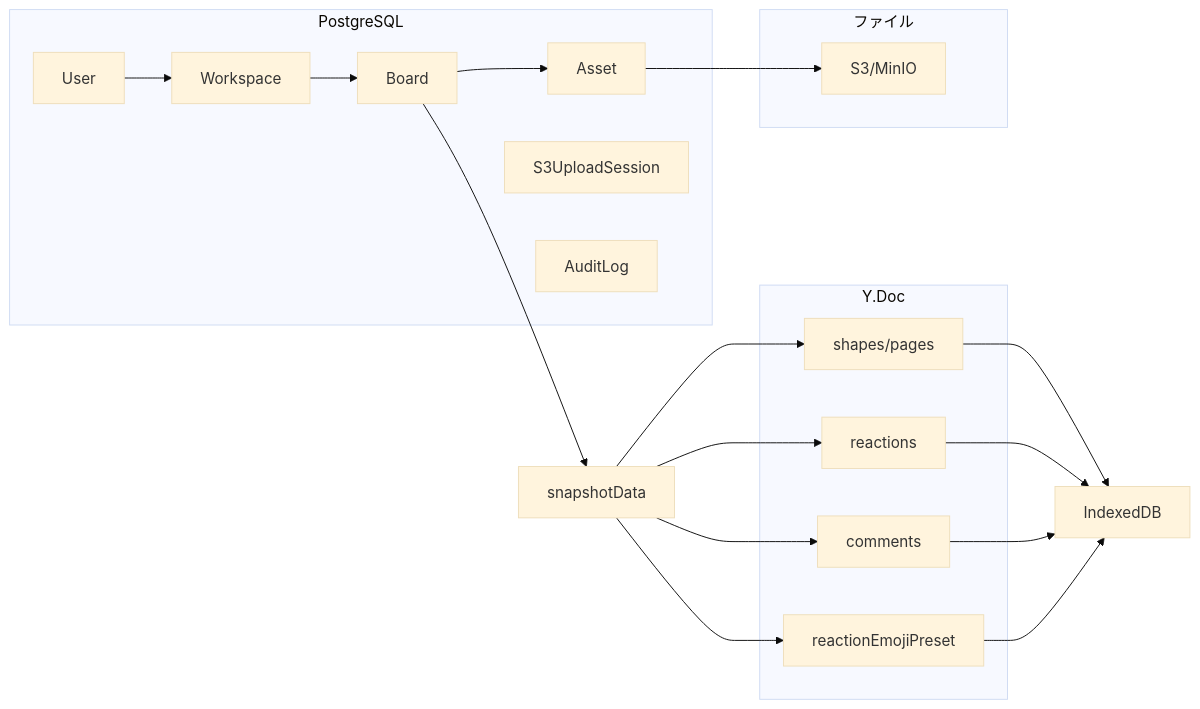
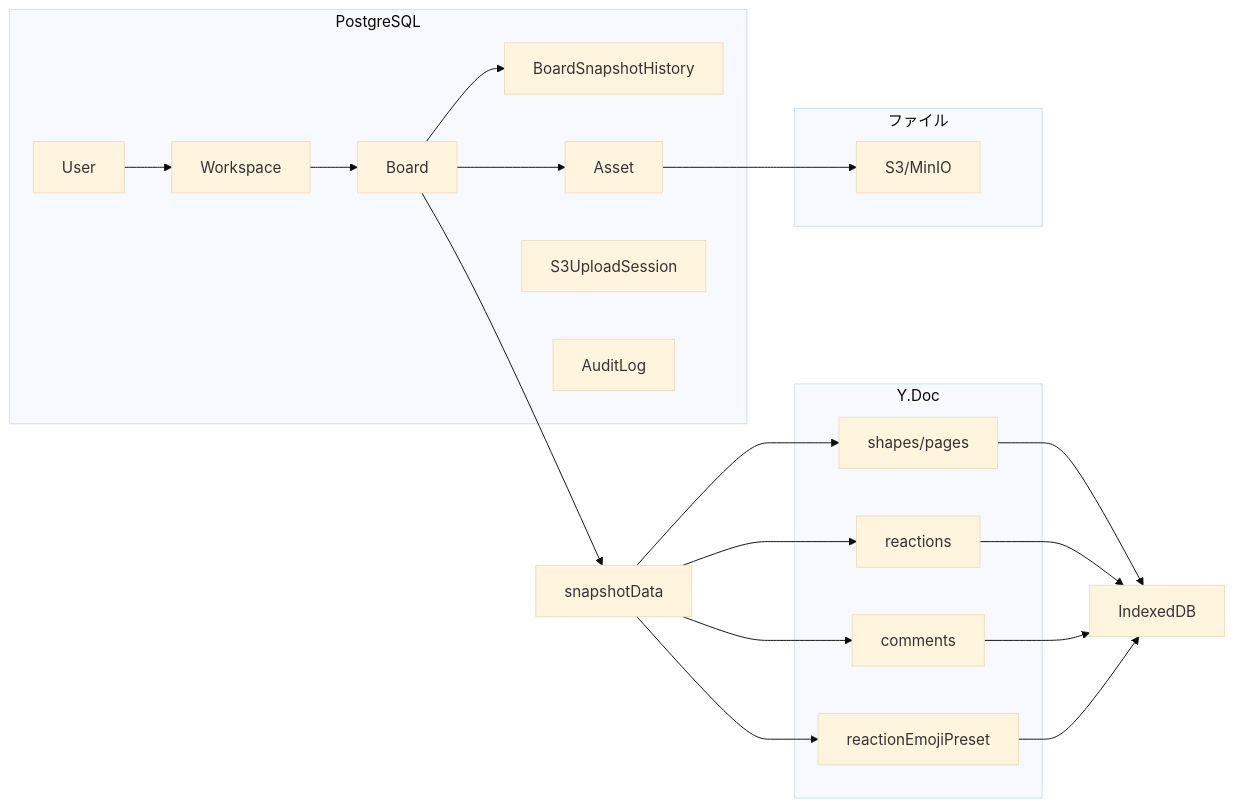
Before and after one commit to oshikaidesu/gachaboard: the second of 2 diagrams in docs/dev/database-and-storage-inventory.md, drawn with Mermaid (base theme). The commit also changed other lines of this file and 20 other files, not shown here.

````diff
--- a/docs/dev/database-and-storage-inventory.md
+++ b/docs/dev/database-and-storage-inventory.md
@@ -150,33 +186,35 @@
 ```mermaid
 flowchart LR
     subgraph PG [PostgreSQL]
         User
         WS[Workspace]
         Board
+        Hist[BoardSnapshotHistory]
         Asset
         S3[S3UploadSession]
         Audit[AuditLog]
     end
     subgraph YDoc [Y.Doc]
         Shapes[shapes/pages]
         Reactions[reactions]
         Comments[comments]
         ReactionPreset[reactionEmojiPreset]
     end
     subgraph Storage [ファイル]
         S3Storage[S3/MinIO]
     end
     User --> WS
     WS --> Board
+    Board --> Hist
     Board --> Snapshot[snapshotData]
     Snapshot --> Shapes
     Snapshot --> Reactions
     Snapshot --> Comments
     Snapshot --> ReactionPreset
     Board --> Asset
     Asset --> S3Storage
     Shapes --> IndexedDB
     Reactions --> IndexedDB
     Comments --> IndexedDB
     ReactionPreset --> IndexedDB
 ```
````
